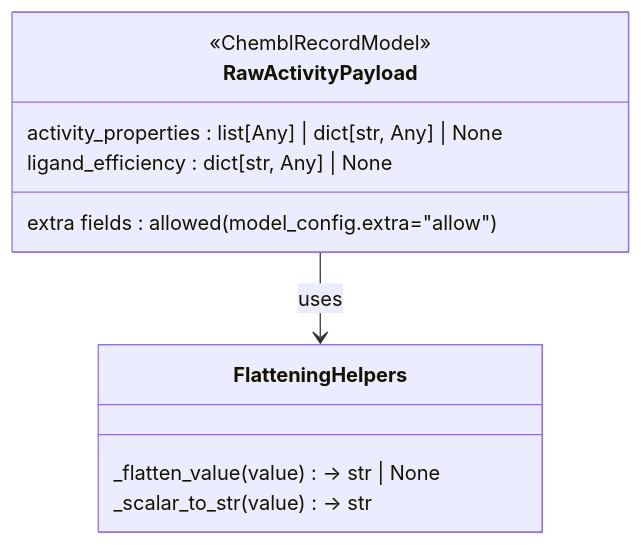
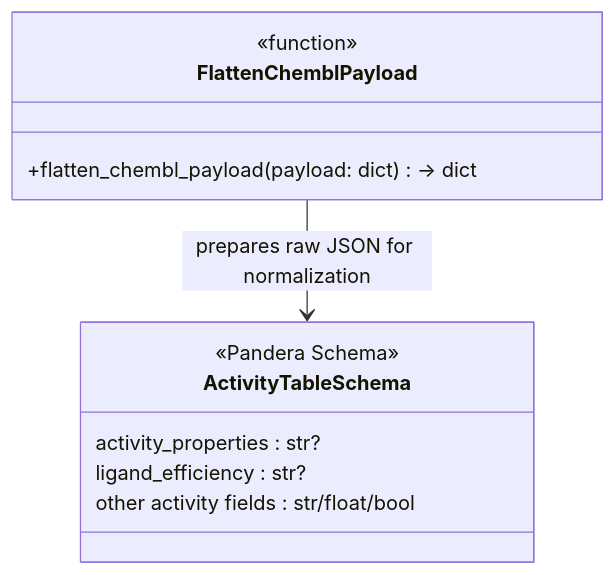
Before and after one commit to SatoryKono/BioactivityDataAcquisition: the diagram in docs/architecture/diagrams/class/30-activity-model-structure.mmd, drawn with Mermaid. The commit also changed 57 other files, not shown here.

```diff
--- a/docs/architecture/diagrams/class/30-activity-model-structure.mmd
+++ b/docs/architecture/diagrams/class/30-activity-model-structure.mmd
@@ -1,14 +1,14 @@
 %%{init: {"class": {"domainPrimary": {"fill": "#f5f5f5", "stroke": "#444", "strokeWidth": 1.5, "color": "#111", "fontSize": "22px"}, "domainSecondary": {"fill": "#e3e7ec", "stroke": "#555", "strokeWidth": 1.2, "color": "#111", "fontSize": "18px"}, "interface": {"fill": "#dde7f2", "stroke": "#44546a", "strokeWidth": 1.5, "color": "#111", "fontSize": "22px"}}}}%%
 classDiagram
-    class RawActivityPayload {
-        <<ChemblRecordModel>>
-        activity_properties : list[Any] | dict[str, Any] | None
-        ligand_efficiency : dict[str, Any] | None
-        extra fields : allowed (model_config.extra="allow")
+    class FlattenChemblPayload {
+        <<function>>
+        +flatten_chembl_payload(payload: dict) -> dict
     }
-    class FlatteningHelpers {
-        _flatten_value(value) -> str | None
-        _scalar_to_str(value) -> str
+    class ActivityTableSchema {
+        <<Pandera Schema>>
+        activity_properties : str?
+        ligand_efficiency : str?
+        other activity fields : str/float/bool
     }
 
-    RawActivityPayload --> FlatteningHelpers : uses
+    FlattenChemblPayload --> ActivityTableSchema : prepares raw JSON for normalization
```
